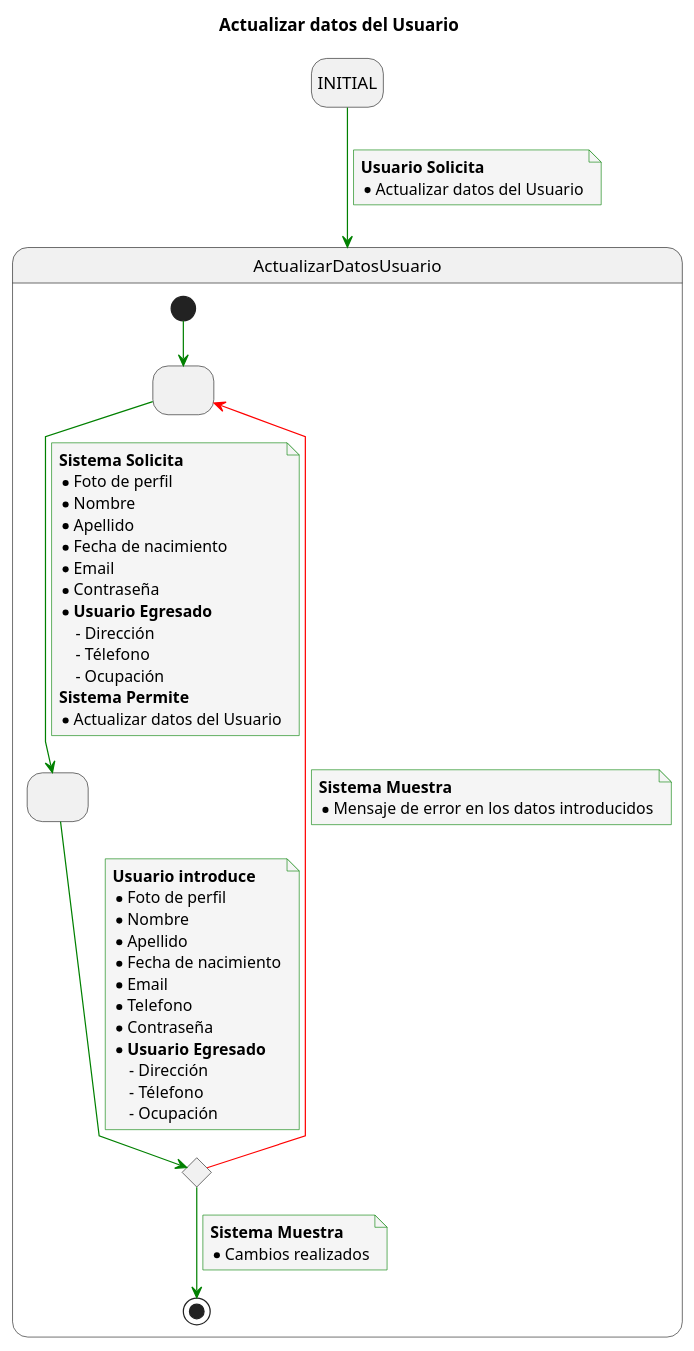
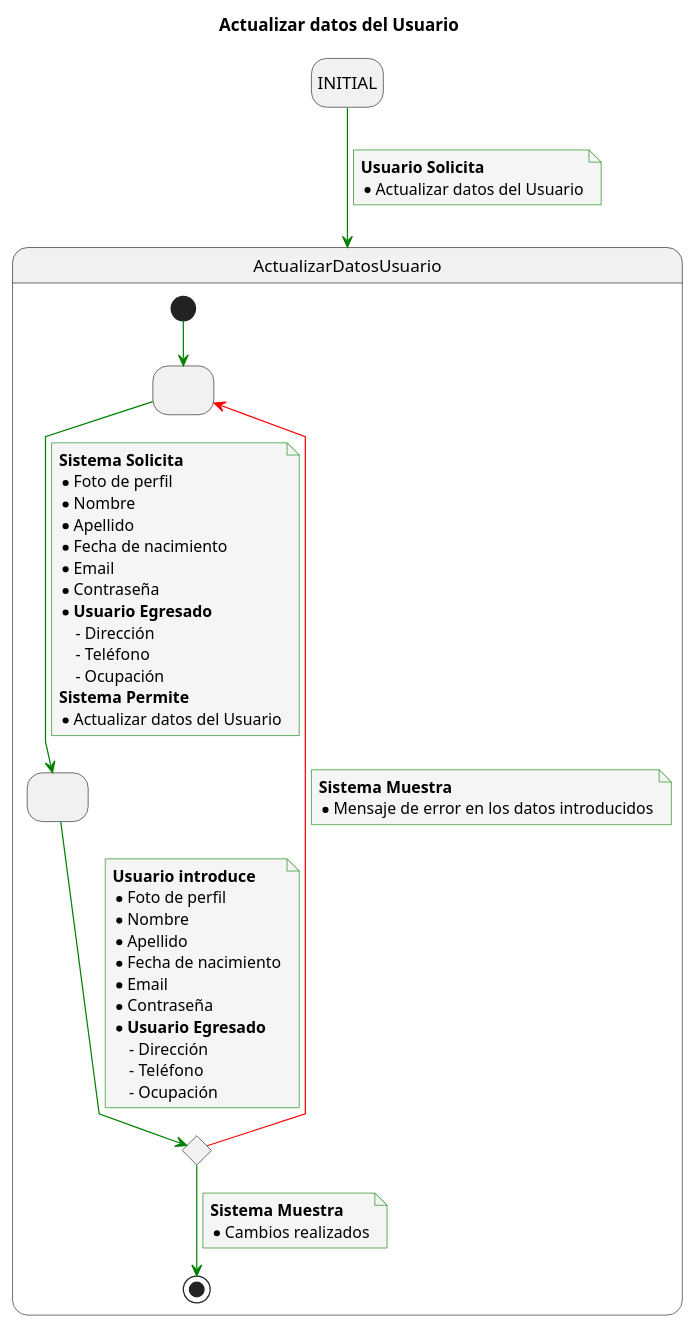
Before and after one commit to mmasias/23-24-IdSw1-SDR: the diagram in Caso_de_Uso/Casos_de_Uso/Usuarios/Actualizar_Datos_Usuario/Caso_de_Uso.puml, drawn with PlantUML. The commit also changed 25 other files, not shown here.

```diff
--- a/Caso_de_Uso/Casos_de_Uso/Usuarios/Actualizar_Datos_Usuario/Caso_de_Uso.puml
+++ b/Caso_de_Uso/Casos_de_Uso/Usuarios/Actualizar_Datos_Usuario/Caso_de_Uso.puml
@@ -1,74 +1,73 @@
 @startuml
 title Actualizar datos del Usuario
 
 skinparam {
     NoteBackgroundColor #whiteSmoke
     ArrowColor #green
     NoteBorderColor #green
     linetype polyline
 }
 
 hide empty description
 
 state startState as "INITIAL"
 
 startState --> ActualizarDatosUsuario
 note on link
     <b>Usuario Solicita</b>
     * Actualizar datos del Usuario
 end note
 
 state ActualizarDatosUsuario {
 state 2 as " "
 state 3 as " "
 state 4 <<choice>>
 
 [*] -down-> 2
 
 2 -down-> 3
 note on link
 <b>Sistema Solicita</b>
 * Foto de perfil
 * Nombre
 * Apellido
 * Fecha de nacimiento
 * Email
 * Contraseña
 * <b>Usuario Egresado</b>
     - Dirección
-    - Télefono
+    - Teléfono
     - Ocupación
 <b>Sistema Permite</b>
 * Actualizar datos del Usuario
 end note
 
 3 -down-> 4
 note on link
 <b>Usuario introduce</b>
 * Foto de perfil
 * Nombre
 * Apellido
 * Fecha de nacimiento
 * Email
-* Telefono
 * Contraseña
 * <b>Usuario Egresado</b>
     - Dirección
-    - Télefono
+    - Teléfono
     - Ocupación
 end note
 
 4 -down-> [*]
 note on link
 <b>Sistema Muestra</b>
 * Cambios realizados
 end note
 
 4 -[#red]-> 2
 note on link
 <b>Sistema Muestra</b>
 * Mensaje de error en los datos introducidos
 end note
 
 }
 @enduml
```
